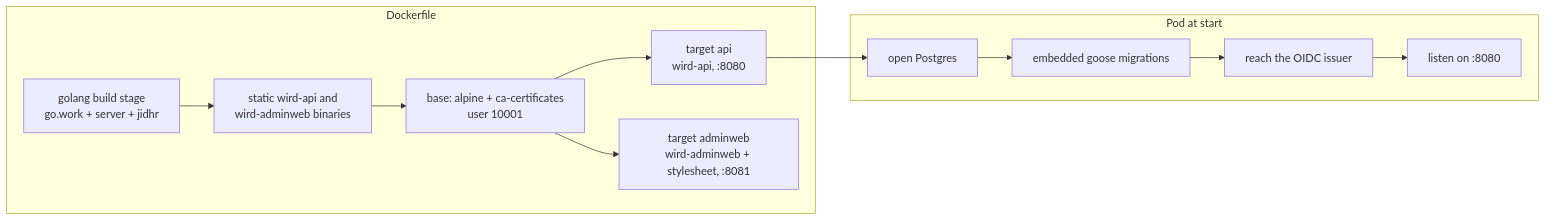
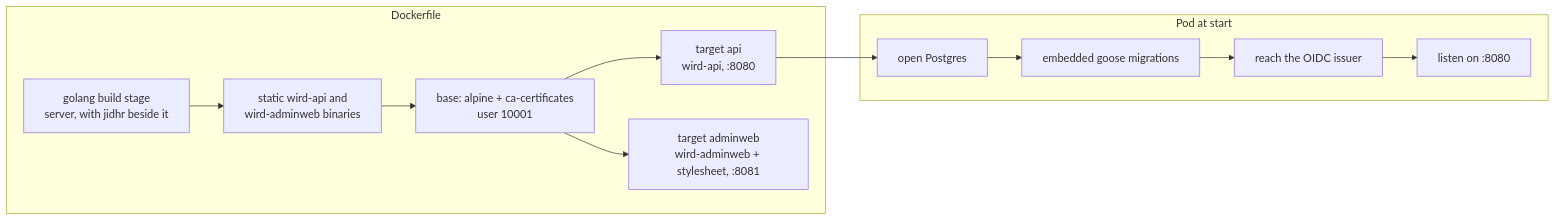
Before and after one commit to MohammadBnei/wird: the fourth of 4 diagrams in docs/architecture/deploy.md, drawn with Mermaid. The commit also changed other lines of this file and 18 other files, not shown here.

First line of the commit message:
build: stop committing go.work; the image builds from server alone

````diff
--- a/docs/architecture/deploy.md
+++ b/docs/architecture/deploy.md
@@ -81,13 +81,13 @@
 ```mermaid
 flowchart LR
   subgraph image["Dockerfile"]
-    b["golang build stage<br/>go.work + server + jidhr"] --> bin["static wird-api and<br/>wird-adminweb binaries"]
+    b["golang build stage<br/>server, with jidhr beside it"] --> bin["static wird-api and<br/>wird-adminweb binaries"]
     bin --> base["base: alpine + ca-certificates<br/>user 10001"]
     base --> a["target api<br/>wird-api, :8080"]
     base --> aw["target adminweb<br/>wird-adminweb + stylesheet, :8081"]
   end
   subgraph pod["Pod at start"]
     s["open Postgres"] --> m["embedded goose migrations"] --> o["reach the OIDC issuer"] --> l["listen on :8080"]
   end
   a --> s
 ```
````
